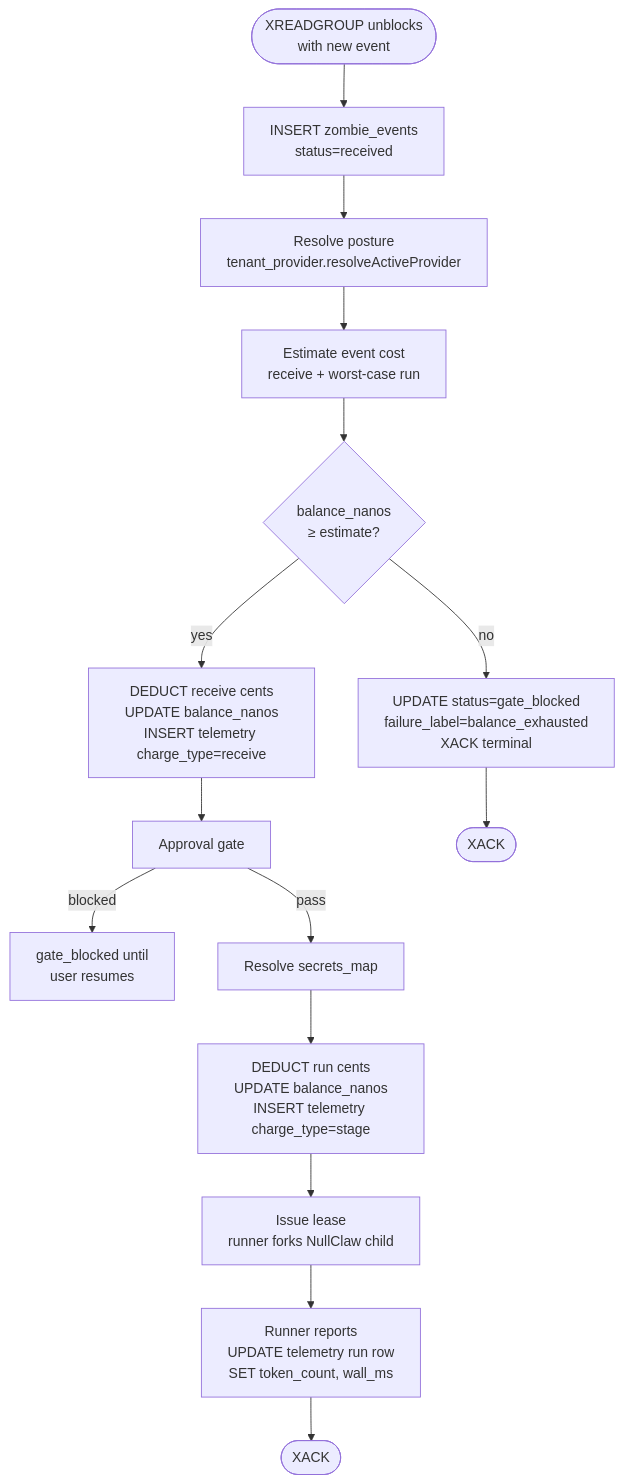
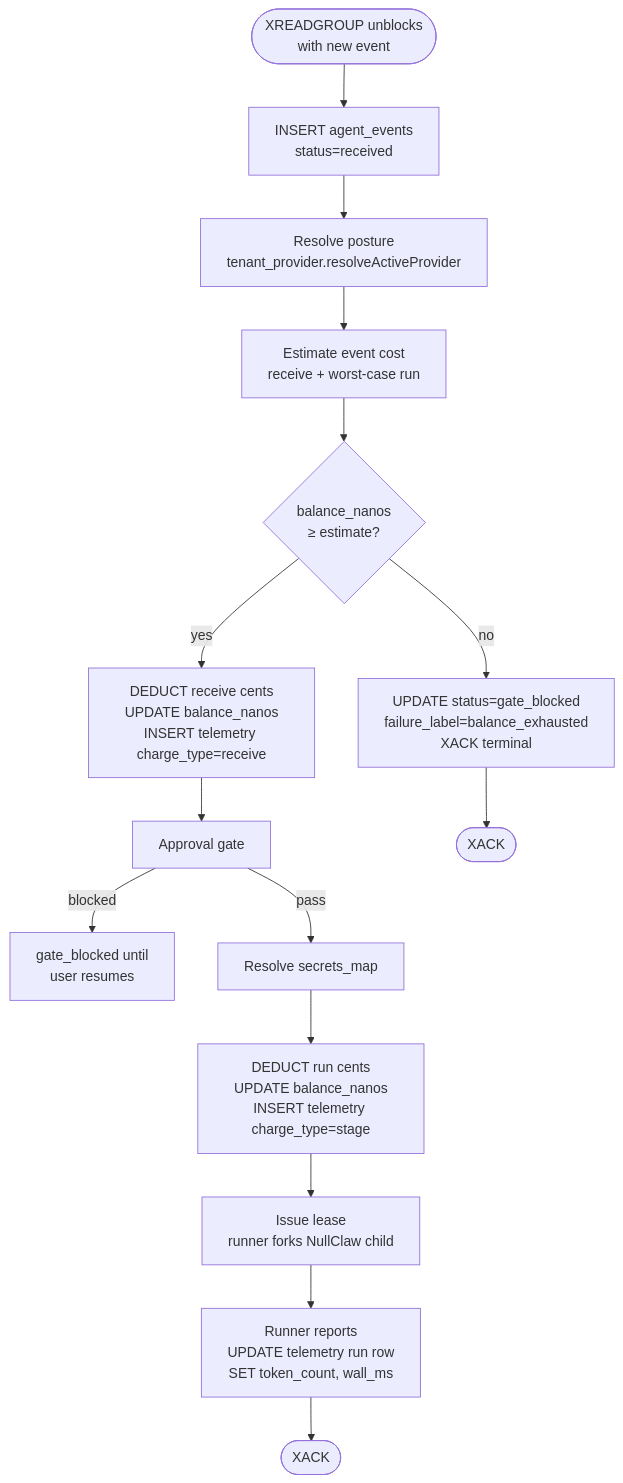
The diagram in docs/architecture/scenarios/03_balance_gate.md (agentsfleet/agentsfleet), drawn with Mermaid before and after one commit. The commit also changed other lines of this file and 209 other files, not shown here.

````diff
--- a/docs/architecture/scenarios/03_balance_gate.md
+++ b/docs/architecture/scenarios/03_balance_gate.md
@@ -9,17 +9,17 @@
 ```mermaid
 flowchart TD
-    Start([XREADGROUP unblocks<br/>with new event]) --> Insert[INSERT zombie_events<br/>status=received]
+    Start([XREADGROUP unblocks<br/>with new event]) --> Insert[INSERT agent_events<br/>status=received]
     Insert --> Resolve[Resolve posture<br/>tenant_provider.resolveActiveProvider]
     Resolve --> Estimate[Estimate event cost<br/>receive + worst-case run]
     Estimate --> Gate{balance_nanos<br/>≥ estimate?}
     Gate -->|no| Block[UPDATE status=gate_blocked<br/>failure_label=balance_exhausted<br/>XACK terminal]
     Gate -->|yes| RDeduct[DEDUCT receive cents<br/>UPDATE balance_nanos<br/>INSERT telemetry charge_type=receive]
     RDeduct --> Approve[Approval gate]
     Approve -->|blocked| Wait[gate_blocked until<br/>user resumes]
     Approve -->|pass| Secrets[Resolve secrets_map]
     Secrets --> SDeduct[DEDUCT run cents<br/>UPDATE balance_nanos<br/>INSERT telemetry charge_type=stage]
     SDeduct --> Exec[Issue lease<br/>runner forks NullClaw child]
     Exec --> Result[Runner reports<br/>UPDATE telemetry run row<br/>SET token_count, wall_ms]
     Result --> End([XACK])
     Block --> EndBlocked([XACK])
 ```
````
